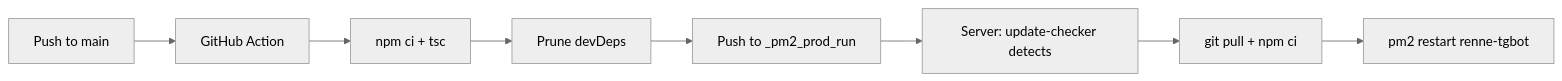
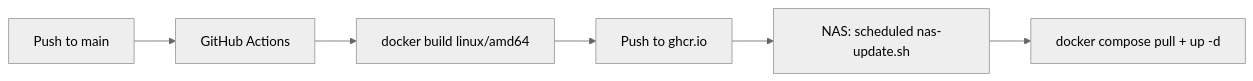
Before and after one commit to lenchan139/renne-tgbot: the diagram in README.md, drawn with Mermaid (neutral theme). The commit also changed other lines of this file and 6 other files, not shown here.

First line of the commit message:
feat(deploy): build and publish Docker image via GitHub Actions

````diff
--- a/README.md
+++ b/README.md
@@ -94,10 +90,8 @@
 ```mermaid
 flowchart LR
-    A[Push to main] --> B[GitHub Action]
-    B --> C[npm ci + tsc]
-    C --> D[Prune devDeps]
-    D --> E[Push to _pm2_prod_run]
-    E --> F[Server: update-checker detects]
-    F --> G[git pull + npm ci]
-    G --> H[pm2 restart renne-tgbot]
+    A[Push to main] --> B[GitHub Actions]
+    B --> C[docker build linux/amd64]
+    C --> D[Push to ghcr.io]
+    D --> E[NAS: scheduled nas-update.sh]
+    E --> F[docker compose pull + up -d]
 ```
````
